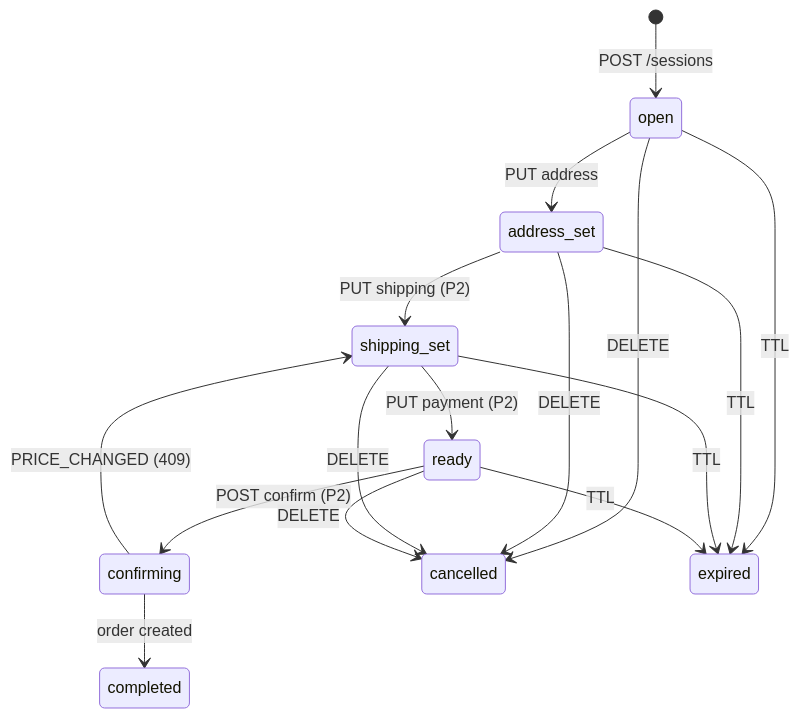
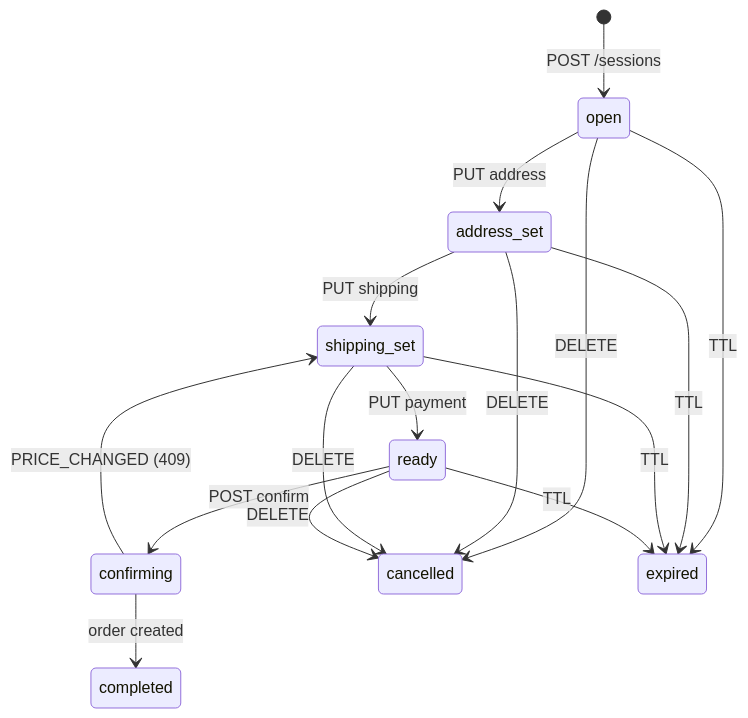
One commit to duynhlab/homelab changed the first of 2 diagrams in docs/api/checkout.md. Above: the diagram before and after it, drawn with Mermaid. The commit also changed other lines of this file and 33 other files, not shown here.

````diff
--- a/docs/api/checkout.md
+++ b/docs/api/checkout.md
@@ -58,18 +58,18 @@
 ```mermaid
 stateDiagram-v2
     [*] --> open : POST /sessions
     open --> address_set : PUT address
-    address_set --> shipping_set : PUT shipping (P2)
-    shipping_set --> ready : PUT payment (P2)
-    ready --> confirming : POST confirm (P2)
+    address_set --> shipping_set : PUT shipping
+    shipping_set --> ready : PUT payment
+    ready --> confirming : POST confirm
     confirming --> completed : order created
     confirming --> shipping_set : PRICE_CHANGED (409)
     open --> cancelled : DELETE
     address_set --> cancelled : DELETE
     shipping_set --> cancelled : DELETE
     ready --> cancelled : DELETE
     open --> expired : TTL
     address_set --> expired : TTL
     shipping_set --> expired : TTL
     ready --> expired : TTL
 ```
````
